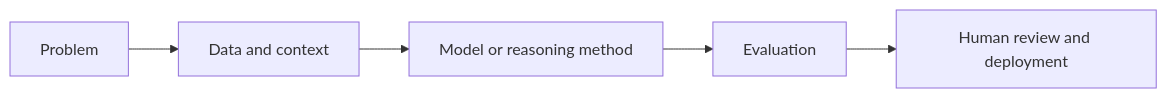
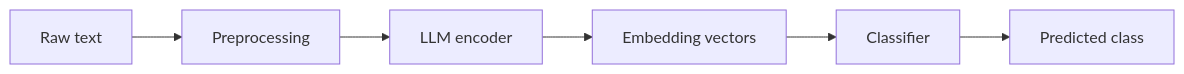
One commit to Avenash005/QuantumBlockchain__Research changed the diagram in ai/README.md. Above: the diagram before and after it, drawn with Mermaid. The commit also changed other lines of this file, not shown here.

Commit message:
docs: align ai/README.md with quantum AI and LLM research

````diff
--- a/ai/README.md
+++ b/ai/README.md
@@ -16,7 +22,8 @@
 ```mermaid
 flowchart LR
-  A[Problem] --> B[Data and context]
-  B --> C[Model or reasoning method]
-  C --> D[Evaluation]
-  D --> E[Human review and deployment]
+  A[Raw text] --> B[Preprocessing]
+  B --> C[LLM encoder]
+  C --> D[Embedding vectors]
+  D --> E[Classifier]
+  E --> F[Predicted class]
 ```
````
